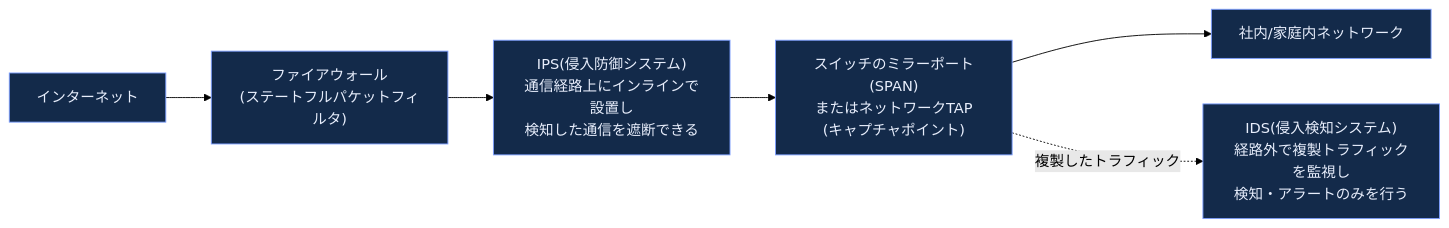
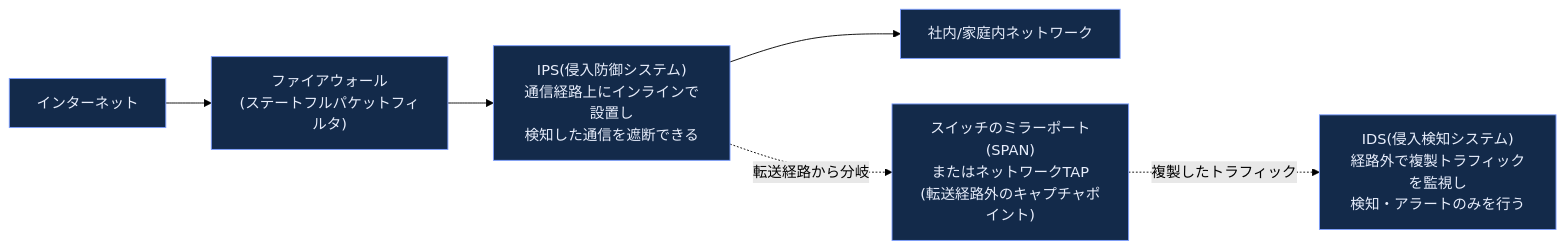
Before and after one commit to myoshi2891/Cloud-Infrastructure-Studies: diagram 38 of 41 in Computer-networking-topdown-guide.md, drawn with Mermaid (forest theme). The commit also changed other lines of this file, not shown here.

Commit message:
docs(networking): refine DDoS records, BBRv3 status, and IDS/IPS tap diagram in top-down guide

````diff
--- a/Computer-networking-topdown-guide.md
+++ b/Computer-networking-topdown-guide.md
@@ -1004,11 +1005,11 @@
 ```mermaid
 flowchart LR
     INTERNET["インターネット"] --> FW["ファイアウォール<br/>(ステートフルパケットフィルタ)"]
     FW --> IPS["IPS(侵入防御システム)<br/>通信経路上にインラインで設置し<br/>検知した通信を遮断できる"]
-    IPS --> SPAN["スイッチのミラーポート(SPAN)<br/>またはネットワークTAP<br/>(キャプチャポイント)"]
-    SPAN --> LAN2["社内/家庭内ネットワーク"]
+    IPS --> LAN2["社内/家庭内ネットワーク"]
+    IPS -.->|転送経路から分岐| SPAN["スイッチのミラーポート(SPAN)<br/>またはネットワークTAP<br/>(転送経路外のキャプチャポイント)"]
     SPAN -.->|複製したトラフィック| IDS["IDS(侵入検知システム)<br/>経路外で複製トラフィックを監視し<br/>検知・アラートのみを行う"]
 
     classDef secFill fill:#132a4a,stroke:#7c9eff,color:#e8eefc
     class INTERNET,FW,IPS,SPAN,IDS,LAN2 secFill
 ```
````
